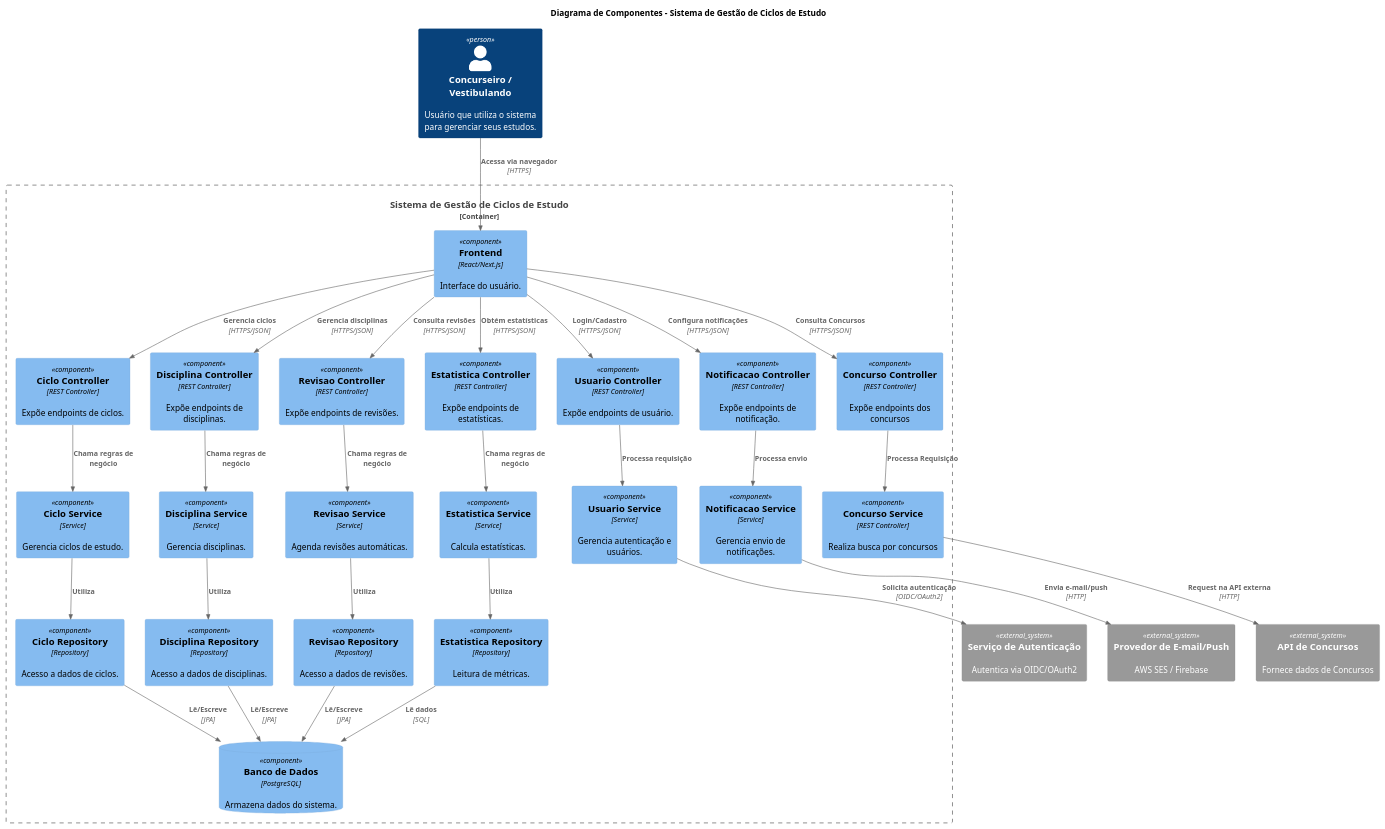
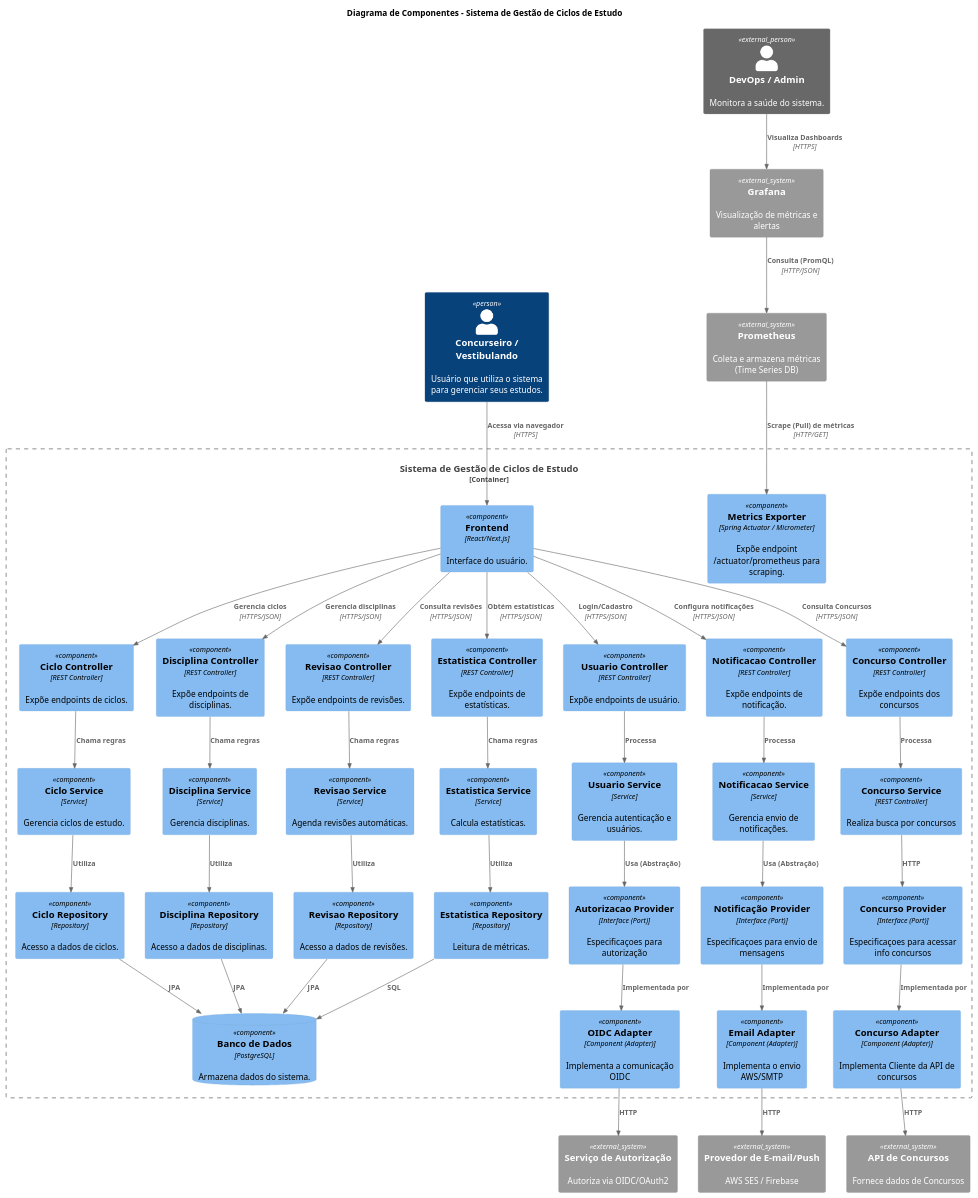
Before and after one commit to MarcosVSO/projeto_design_de_software: the diagram in 4-Diagrama de Componentes/diagrama_componentes.puml, drawn with PlantUML. The commit also changed 1 other file, not shown here.

Commit message:
Adiciona inversão de dependência ao diagrama de componentes

```diff
--- a/4-Diagrama de Componentes/diagrama_componentes.puml
+++ b/4-Diagrama de Componentes/diagrama_componentes.puml
@@ -1,93 +1,114 @@
 @startuml
 !include https://raw.githubusercontent.com/plantuml-stdlib/C4-PlantUML/master/C4_Component.puml
 
 title Diagrama de Componentes - Sistema de Gestão de Ciclos de Estudo
 
 Person(user, "Concurseiro / Vestibulando", "Usuário que utiliza o sistema para gerenciar seus estudos.")
+' NEW: Adicionado Admin para justificar o acesso ao Grafana, se aplicável
+Person_Ext(admin, "DevOps / Admin", "Monitora a saúde do sistema.")
 
-System_Ext(authSystem, "Serviço de Autenticação", "Autentica via OIDC/OAuth2")
+System_Ext(authSystem, "Serviço de Autorização", "Autoriza via OIDC/OAuth2")
 System_Ext(emailSystem, "Provedor de E-mail/Push", "AWS SES / Firebase")
 System_Ext(concursosApi, "API de Concursos", "Fornece dados de Concursos")
+
+' NEW: Infraestrutura de Observabilidade
+System_Ext(prometheus, "Prometheus",  "Coleta e armazena métricas (Time Series DB)")
+System_Ext(grafana, "Grafana", "Visualização de métricas e alertas")
 
 Container_Boundary(system, "Sistema de Gestão de Ciclos de Estudo") {
     
     Component(frontend, "Frontend", "React/Next.js", "Interface do usuário.")
     ComponentDb(db, "Banco de Dados", "PostgreSQL", "Armazena dados do sistema.")
 
     ' --- Vertical: Ciclo ---
     Component(cicloCtrl, "Ciclo Controller", "REST Controller", "Expõe endpoints de ciclos.")
     Component(cicloSvc, "Ciclo Service", "Service", "Gerencia ciclos de estudo.")
     Component(cicloRepo, "Ciclo Repository", "Repository", "Acesso a dados de ciclos.")
 
     ' --- Vertical: Disciplina ---
     Component(discCtrl, "Disciplina Controller", "REST Controller", "Expõe endpoints de disciplinas.")
     Component(discSvc, "Disciplina Service", "Service", "Gerencia disciplinas.")
     Component(discRepo, "Disciplina Repository", "Repository", "Acesso a dados de disciplinas.")
 
     ' --- Vertical: Revisao ---
     Component(revCtrl, "Revisao Controller", "REST Controller", "Expõe endpoints de revisões.")
     Component(revSvc, "Revisao Service", "Service", "Agenda revisões automáticas.")
     Component(revRepo, "Revisao Repository", "Repository", "Acesso a dados de revisões.")
 
     ' --- Vertical: Estatistica ---
     Component(estCtrl, "Estatistica Controller", "REST Controller", "Expõe endpoints de estatísticas.")
     Component(estSvc, "Estatistica Service", "Service", "Calcula estatísticas.")
     Component(estRepo, "Estatistica Repository", "Repository", "Leitura de métricas.")
 
-    ' --- Vertical: Usuario (Exceção: Sistema Externo, sem Repo) ---
+    ' --- Vertical: Usuario ---
     Component(userCtrl, "Usuario Controller", "REST Controller", "Expõe endpoints de usuário.")
     Component(userSvc, "Usuario Service", "Service", "Gerencia autenticação e usuários.")
+    Component(autorizacaoProvider, "Autorizacao Provider", "Interface (Port)", "Especificaçoes para autorização")
+    Component(oidcAdapter, "OIDC Adapter", "Component (Adapter)", "Implementa a comunicação OIDC")
 
-    ' --- Vertical: Notificacao (Exceção: Sistema Externo, sem Repo) ---
+    ' --- Vertical: Notificacao ---
     Component(notifCtrl, "Notificacao Controller", "REST Controller", "Expõe endpoints de notificação.")
     Component(notifSvc, "Notificacao Service", "Service", "Gerencia envio de notificações.")
+    Component(notiProvider, "Notificação Provider", "Interface (Port)", "Especificaçoes para envio de mensagens")
+    Component(emailAdapter, "Email Adapter", "Component (Adapter)", "Implementa o envio AWS/SMTP")
 
     Component(concursoCtrl, "Concurso Controller", "REST Controller", "Expõe endpoints dos concursos")
     Component(concursoSvc, "Concurso Service", "REST Controller", "Realiza busca por concursos")
+    Component(concursoProvider, "Concurso Provider", "Interface (Port)", "Especificaçoes para acessar info concursos")
+    Component(concursoAdapter, "Concurso Adapter", "Component (Adapter)", "Implementa Cliente da API de concursos")
 
+    ' NEW: Componente interno que expõe as métricas
+    Component(metricsComp, "Metrics Exporter", "Spring Actuator / Micrometer", "Expõe endpoint /actuator/prometheus para scraping.")
 }
 
 ' Relações Usuário e Frontend
 Rel(user, frontend, "Acessa via navegador", "HTTPS")
 
 ' Frontend -> Controllers
 Rel(frontend, cicloCtrl, "Gerencia ciclos", "HTTPS/JSON")
 Rel(frontend, discCtrl, "Gerencia disciplinas", "HTTPS/JSON")
 Rel(frontend, revCtrl, "Consulta revisões", "HTTPS/JSON")
 Rel(frontend, estCtrl, "Obtém estatísticas", "HTTPS/JSON")
 Rel(frontend, userCtrl, "Login/Cadastro", "HTTPS/JSON")
 Rel(frontend, notifCtrl, "Configura notificações", "HTTPS/JSON")
 Rel(frontend, concursoCtrl, "Consulta Concursos", "HTTPS/JSON")
 
-' Fluxo Ciclo
-Rel(cicloCtrl, cicloSvc, "Chama regras de negócio")
+' Fluxos Internos (Simplificados para focar na mudança)
+Rel(cicloCtrl, cicloSvc, "Chama regras")
 Rel(cicloSvc, cicloRepo, "Utiliza")
-Rel(cicloRepo, db, "Lê/Escreve", "JPA")
+Rel(cicloRepo, db, "JPA")
 
-' Fluxo Disciplina
-Rel(discCtrl, discSvc, "Chama regras de negócio")
+Rel(discCtrl, discSvc, "Chama regras")
 Rel(discSvc, discRepo, "Utiliza")
-Rel(discRepo, db, "Lê/Escreve", "JPA")
+Rel(discRepo, db, "JPA")
 
-' Fluxo Revisao
-Rel(revCtrl, revSvc, "Chama regras de negócio")
+Rel(revCtrl, revSvc, "Chama regras")
 Rel(revSvc, revRepo, "Utiliza")
-Rel(revRepo, db, "Lê/Escreve", "JPA")
+Rel(revRepo, db, "JPA")
 
-' Fluxo Estatistica
-Rel(estCtrl, estSvc, "Chama regras de negócio")
+Rel(estCtrl, estSvc, "Chama regras")
 Rel(estSvc, estRepo, "Utiliza")
-Rel(estRepo, db, "Lê dados", "SQL")
+Rel(estRepo, db, "SQL")
 
-' Fluxo Usuario (Conexão externa, sem repo)
-Rel(userCtrl, userSvc, "Processa requisição")
-Rel(userSvc, authSystem, "Solicita autenticação", "OIDC/OAuth2")
+Rel(userCtrl, userSvc, "Processa")
+Rel(userSvc, autorizacaoProvider, "Usa (Abstração)")
+Rel(autorizacaoProvider, oidcAdapter  , "Implementada por")
+Rel(oidcAdapter,  authSystem, "HTTP")
 
-' Fluxo Notificacao (Conexão externa, sem repo)
-Rel(notifCtrl, notifSvc, "Processa envio")
-Rel(notifSvc, emailSystem, "Envia e-mail/push", "HTTP")
+Rel(notifCtrl, notifSvc, "Processa")
+Rel(notifSvc, notiProvider, "Usa (Abstração)")
+Rel(notiProvider, emailAdapter, "Implementada por")
+Rel(emailAdapter, emailSystem, "HTTP")
 
-Rel(concursoCtrl, concursoSvc, "Processa Requisição" )
-Rel(concursoSvc,concursosApi, "Request na API externa", "HTTP" )
+
+Rel(concursoCtrl, concursoSvc, "Processa")
+Rel(concursoSvc, concursoProvider, "HTTP")
+Rel(concursoProvider, concursoAdapter, "Implementada por")
+Rel(concursoAdapter, concursosApi, "HTTP")
+
+' NEW: Fluxo de Observabilidade
+Rel(prometheus, metricsComp, "Scrape (Pull) de métricas", "HTTP/GET")
+Rel(grafana, prometheus, "Consulta (PromQL)", "HTTP/JSON")
+Rel(admin, grafana, "Visualiza Dashboards", "HTTPS")
 
 @enduml
```
